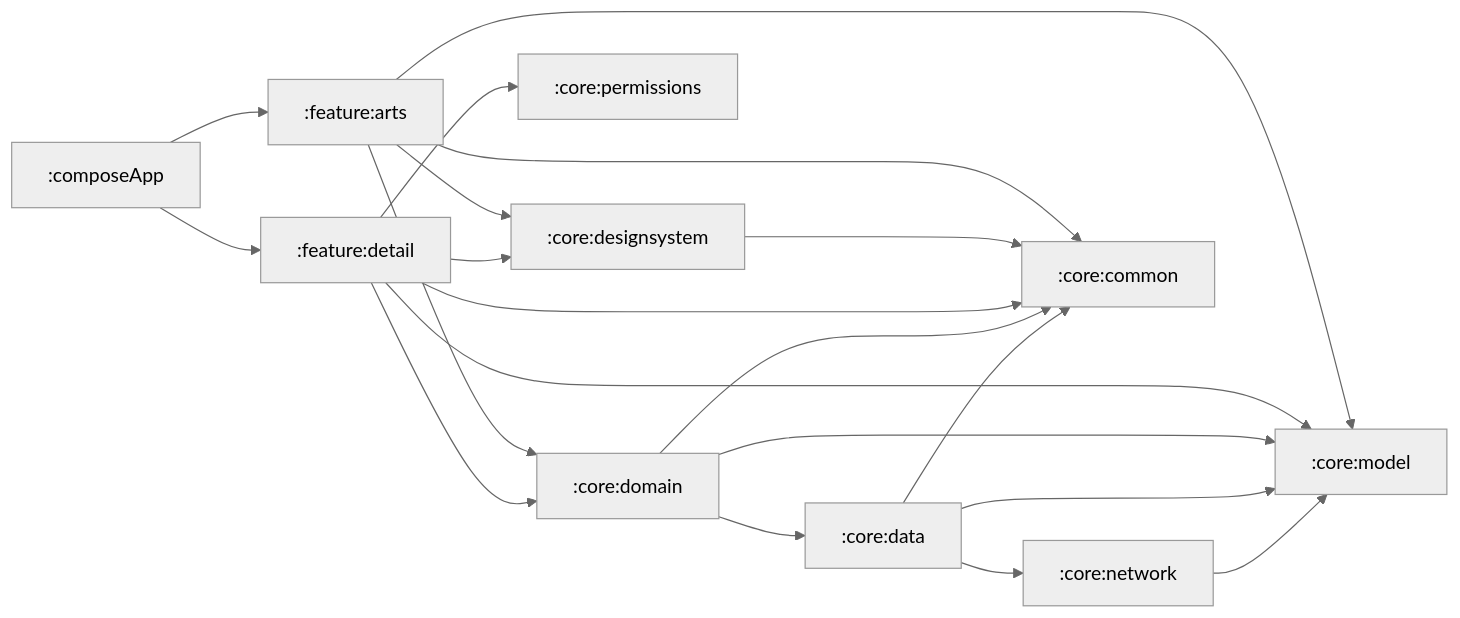
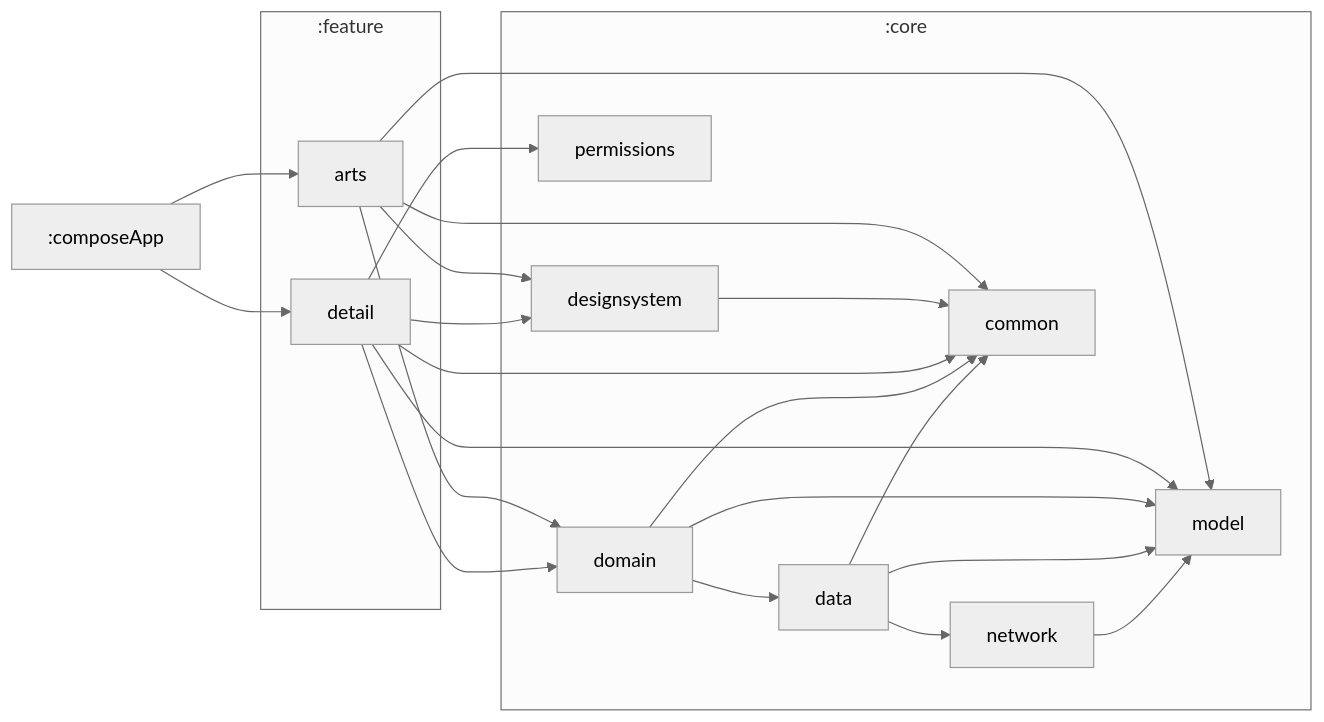
Before and after one commit to fethij/Rijksmuseum: the diagram in README.md, drawn with Mermaid. The commit also changed 1 other file, not shown here.

Commit message:
update module graph

````diff
--- a/README.md
+++ b/README.md
@@ -89,28 +89,41 @@
 ```mermaid
 %%{
   init: {
     'theme': 'neutral'
   }
 }%%
 
 graph LR
+  subgraph :core
+    :core:network["network"]
+    :core:model["model"]
+    :core:data["data"]
+    :core:common["common"]
+    :core:domain["domain"]
+    :core:permissions["permissions"]
+    :core:designsystem["designsystem"]
+  end
+  subgraph :feature
+    :feature:arts["arts"]
+    :feature:detail["detail"]
+  end
   :composeApp --> :feature:arts
   :composeApp --> :feature:detail
   :core:network --> :core:model
   :core:data --> :core:common
   :core:data --> :core:network
   :core:data --> :core:model
   :core:domain --> :core:common
   :core:domain --> :core:data
   :core:domain --> :core:model
   :feature:detail --> :core:common
   :feature:detail --> :core:model
   :feature:detail --> :core:permissions
   :feature:detail --> :core:domain
   :feature:detail --> :core:designsystem
   :core:designsystem --> :core:common
   :feature:arts --> :core:common
   :feature:arts --> :core:domain
   :feature:arts --> :core:model
   :feature:arts --> :core:designsystem
 ```
````
